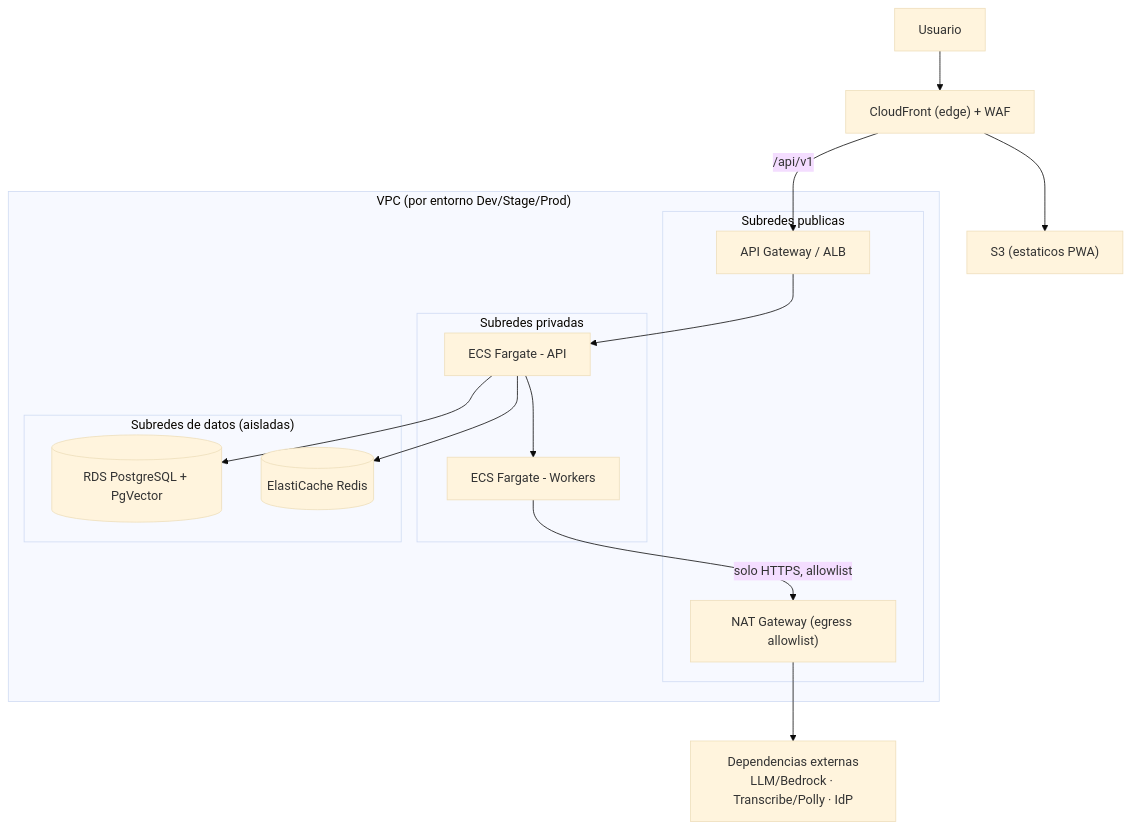
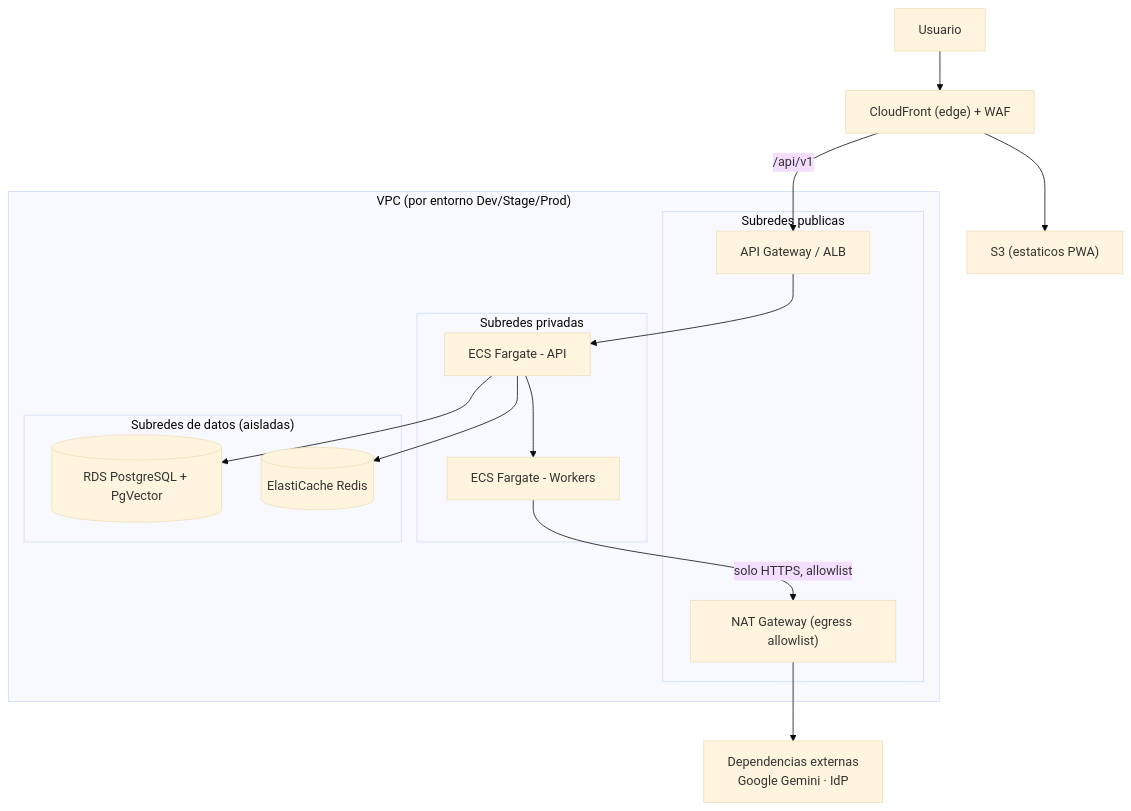
The second of 4 diagrams in docs/ARCHITECTURE-AWS.md (LauraVillan-SB/cima-plataforma), drawn with Mermaid (base theme) before and after one commit. The commit also changed other lines of this file and 2 other files, not shown here.

Commit message:
chore: pruebas de cookies independientes del .env local y arquitectura con Gemini

````diff
--- a/docs/ARCHITECTURE-AWS.md
+++ b/docs/ARCHITECTURE-AWS.md
@@ -81,31 +105,31 @@
 ```mermaid
 graph TB
     USER["Usuario"]
     EDGE["CloudFront (edge) + WAF"]
     S3EST["S3 (estaticos PWA)"]
 
     subgraph VPC["VPC (por entorno Dev/Stage/Prod)"]
         subgraph Public["Subredes publicas"]
             ALB["API Gateway / ALB"]
             NAT["NAT Gateway (egress allowlist)"]
         end
         subgraph Private["Subredes privadas"]
             FAPI["ECS Fargate - API"]
             FWRK["ECS Fargate - Workers"]
         end
         subgraph Data["Subredes de datos (aisladas)"]
             RDS[("RDS PostgreSQL + PgVector")]
             REDIS[("ElastiCache Redis")]
         end
     end
 
-    EXT["Dependencias externas<br/>LLM/Bedrock · Transcribe/Polly · IdP"]
+    EXT["Dependencias externas<br/>Google Gemini · IdP"]
 
     USER --> EDGE
     EDGE --> S3EST
     EDGE -->|/api/v1| ALB --> FAPI
     FAPI --> FWRK
     FAPI --> RDS
     FAPI --> REDIS
     FWRK -->|solo HTTPS, allowlist| NAT --> EXT
 ```
````
